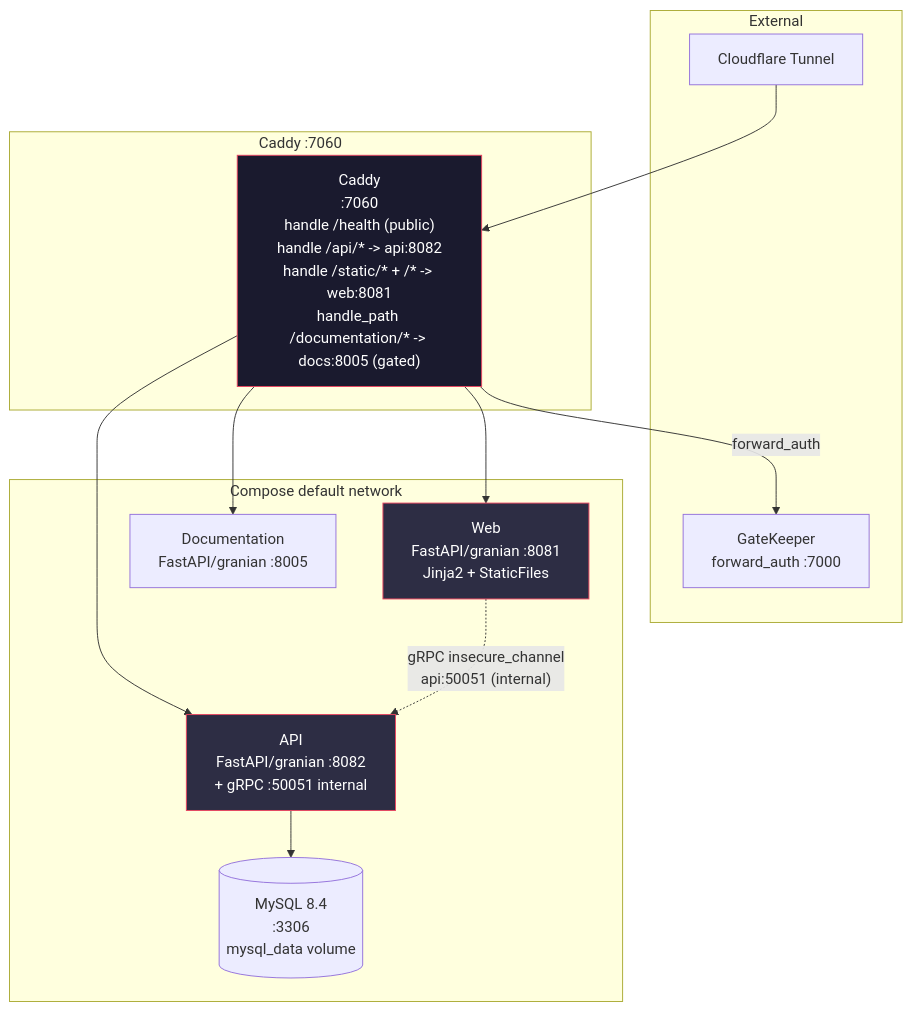
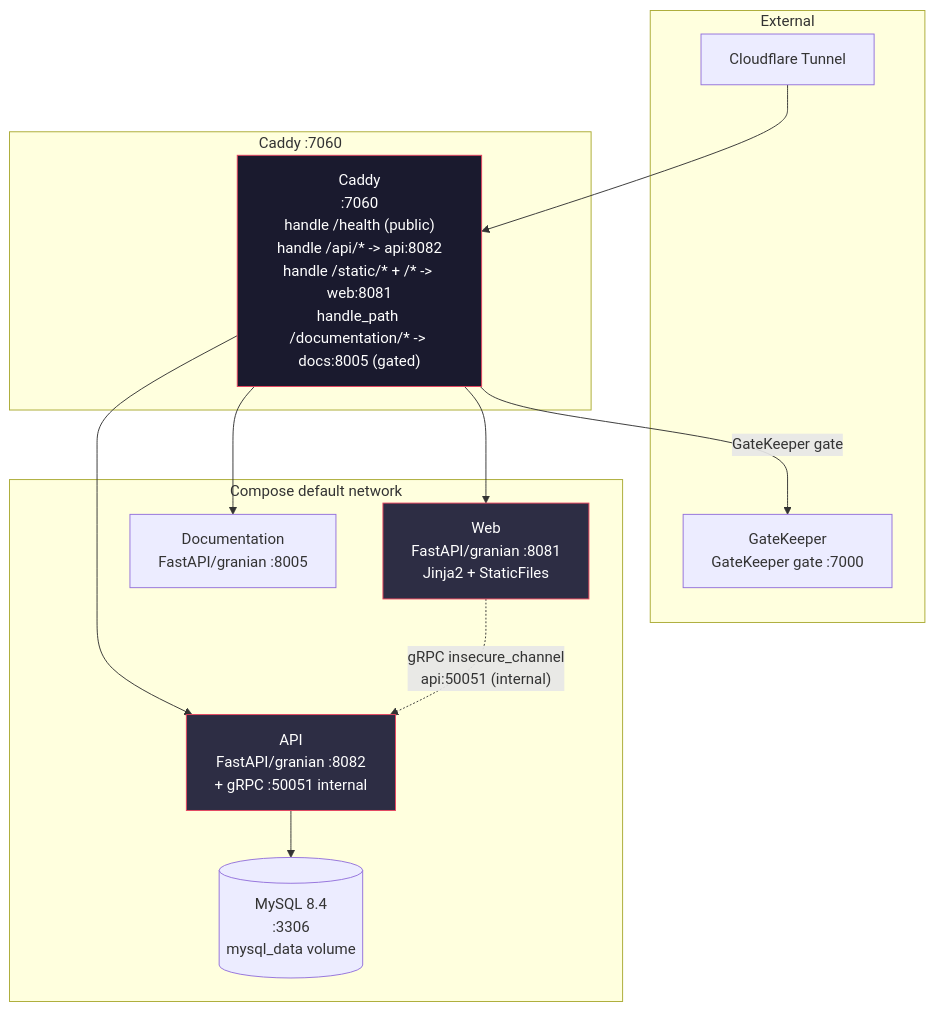
Before and after one commit to NovaProtocol/MELEReviewSite: the diagram in documentation/docs/index.md, drawn with Mermaid. The commit also changed other lines of this file and 17 other files, not shown here.

````diff
--- a/documentation/docs/index.md
+++ b/documentation/docs/index.md
@@ -32,30 +32,30 @@
 ```mermaid
 graph TB
-    subgraph "Caddy :7060"
-        CAD["Caddy<br/>:7060<br/>handle /health (public)<br/>handle /api/* -> api:8082<br/>handle /static/* + /* -> web:8081<br/>handle_path /documentation/* -> docs:8005 (gated)"]
-    end
+ subgraph "Caddy :7060"
+ CAD["Caddy<br/>:7060<br/>handle /health (public)<br/>handle /api/* -> api:8082<br/>handle /static/* + /* -> web:8081<br/>handle_path /documentation/* -> docs:8005 (gated)"]
+ end
 
-    subgraph "External"
-        GK["GateKeeper<br/>forward_auth :7000"]
-        TUN["Cloudflare Tunnel"]
-    end
+ subgraph "External"
+ GK["GateKeeper<br/>GateKeeper gate :7000"]
+ TUN["Cloudflare Tunnel"]
+ end
 
-    subgraph "Compose default network"
-        API["API<br/>FastAPI/granian :8082<br/>+ gRPC :50051 internal"]
-        WEB["Web<br/>FastAPI/granian :8081<br/>Jinja2 + StaticFiles"]
-        DOC["Documentation<br/>FastAPI/granian :8005"]
-        DB[("MySQL 8.4<br/>:3306<br/>mysql_data volume")]
-    end
+ subgraph "Compose default network"
+ API["API<br/>FastAPI/granian :8082<br/>+ gRPC :50051 internal"]
+ WEB["Web<br/>FastAPI/granian :8081<br/>Jinja2 + StaticFiles"]
+ DOC["Documentation<br/>FastAPI/granian :8005"]
+ DB[("MySQL 8.4<br/>:3306<br/>mysql_data volume")]
+ end
 
-    TUN --> CAD
-    CAD -->|"forward_auth"| GK
-    CAD --> API
-    CAD --> WEB
-    CAD --> DOC
-    API --> DB
-    WEB -.->|"gRPC insecure_channel<br/>api:50051 (internal)"| API
+ TUN --> CAD
+ CAD -->|"GateKeeper gate"| GK
+ CAD --> API
+ CAD --> WEB
+ CAD --> DOC
+ API --> DB
+ WEB -.->|"gRPC insecure_channel<br/>api:50051 (internal)"| API
 
-    style CAD fill:#1a1a2e,stroke:#e94560,color:#fff
-    style API fill:#2d2d44,stroke:#e94560,color:#fff
-    style WEB fill:#2d2d44,stroke:#e94560,color:#fff
+ style CAD fill:#1a1a2e,stroke:#e94560,color:#fff
+ style API fill:#2d2d44,stroke:#e94560,color:#fff
+ style WEB fill:#2d2d44,stroke:#e94560,color:#fff
 ```
````
